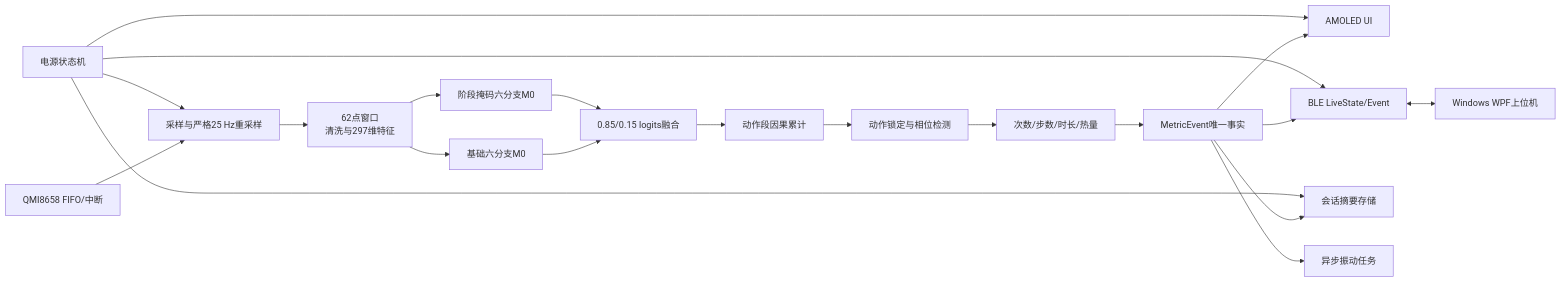
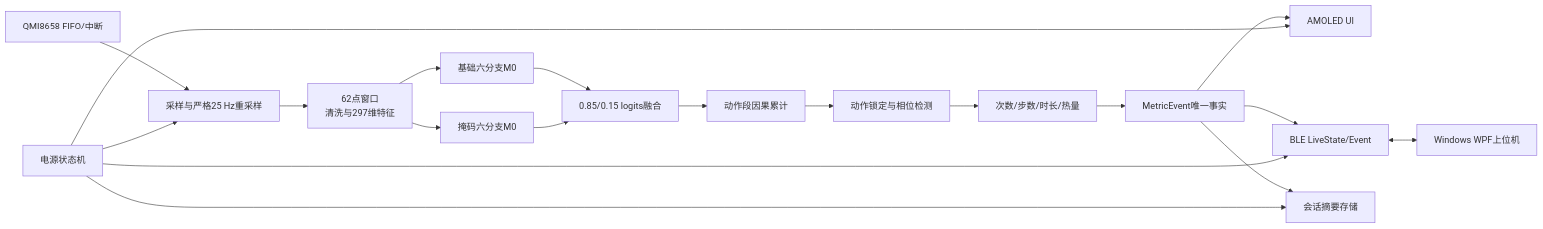
One commit to G1ow9711/IMU_BPNN_Classification changed the third of 8 diagrams in docs/系统架构与业务流程.md. Above: the diagram before and after it, drawn with Mermaid. The commit also changed other lines of this file and 78 other files, not shown here.

````diff
--- a/docs/系统架构与业务流程.md
+++ b/docs/系统架构与业务流程.md
@@ -121,22 +212,21 @@
 ```mermaid
 flowchart LR
     IMU["QMI8658 FIFO/中断"] --> SAMPLE["采样与严格25 Hz重采样"]
     SAMPLE --> FEAT["62点窗口\n清洗与297维特征"]
     FEAT --> M0A["基础六分支M0"]
-    FEAT --> M0B["阶段掩码六分支M0"]
+    FEAT --> M0B["掩码六分支M0"]
     M0A --> FUSE["0.85/0.15 logits融合"]
     M0B --> FUSE
     FUSE --> BOUT["动作段因果累计"]
     BOUT --> LOCK["动作锁定与相位检测"]
     LOCK --> CORE["次数/步数/时长/热量"]
     CORE --> EVENT["MetricEvent唯一事实"]
     EVENT --> UI["AMOLED UI"]
     EVENT --> BLE["BLE LiveState/Event"]
     EVENT --> STORE["会话摘要存储"]
-    EVENT --> HAPTIC["异步振动任务"]
     BLE <--> PC["Windows WPF上位机"]
     POWER["电源状态机"] --> SAMPLE
     POWER --> UI
     POWER --> BLE
     POWER --> STORE
 ```
````
